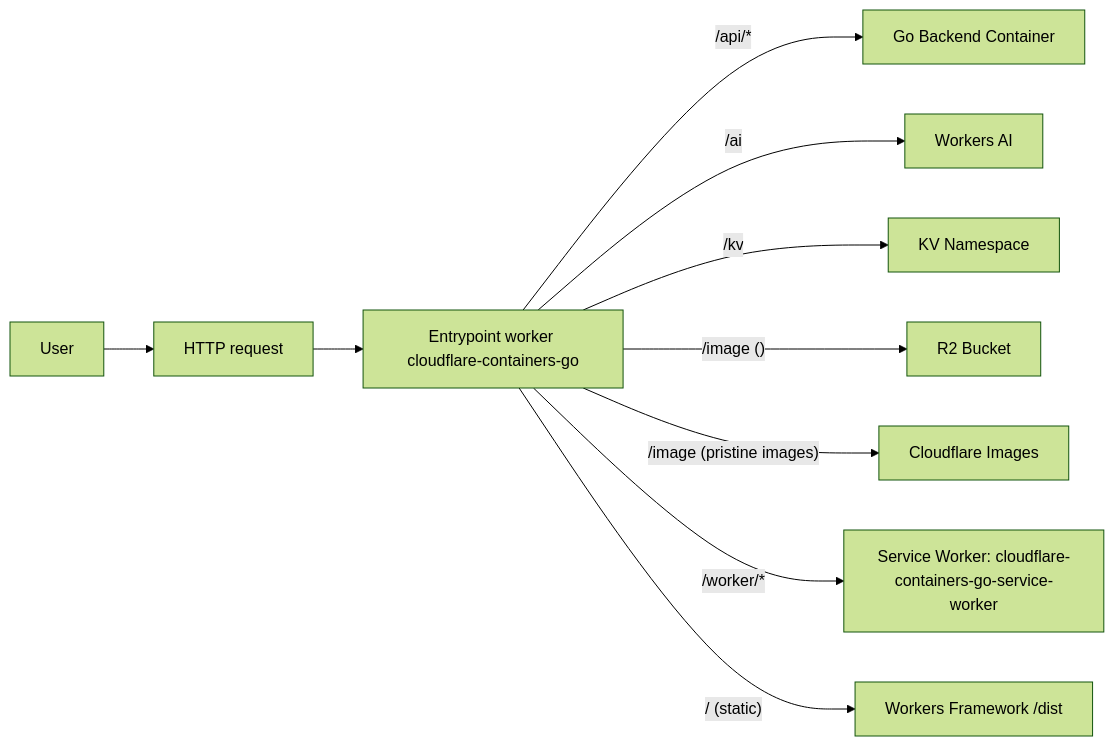
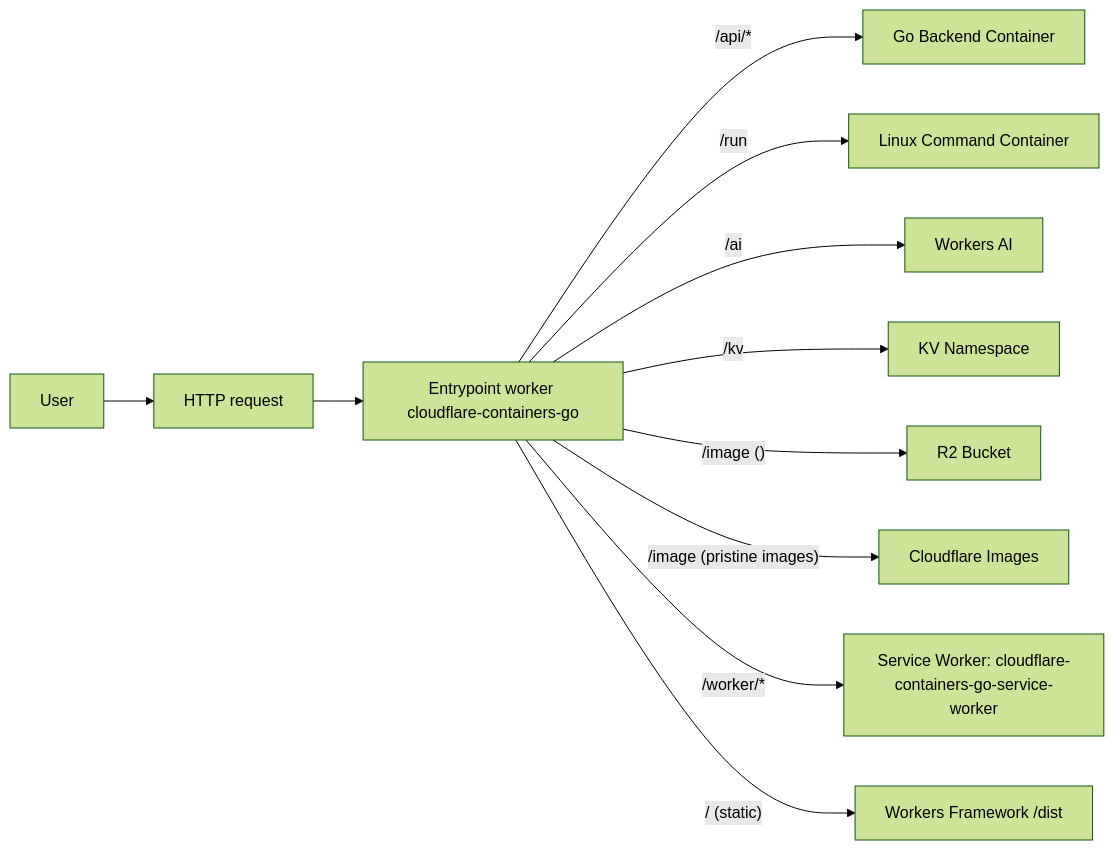
Before and after one commit to iamask/cloudflare-containers-go: the diagram in README.md, drawn with Mermaid (forest theme). The commit also changed other lines of this file and 10 other files, not shown here.

````diff
--- a/README.md
+++ b/README.md
@@ -27,11 +27,12 @@
 ```mermaid
 graph LR;
     USER["User"] --> HTTP["HTTP request"] --> A["Entrypoint worker cloudflare-containers-go"]
     A -- "/api/*" --> BACKEND["Go Backend Container"]
+    A -- "/run" --> LINUX["Linux Command Container"]
     A -- "/ai" --> AI["Workers AI"]
     A -- "/kv" --> KV["KV Namespace"]
     A -- "/image ()" --> R2["R2 Bucket"]
     A -- "/image (pristine images)" --> IMAGES["Cloudflare Images"]
     A -- "/worker/*" --> SERVICE["Service Worker: cloudflare-containers-go-service-worker"]
     A -- "/ (static)" --> STATIC["Workers Framework /dist"]
 ```
````
